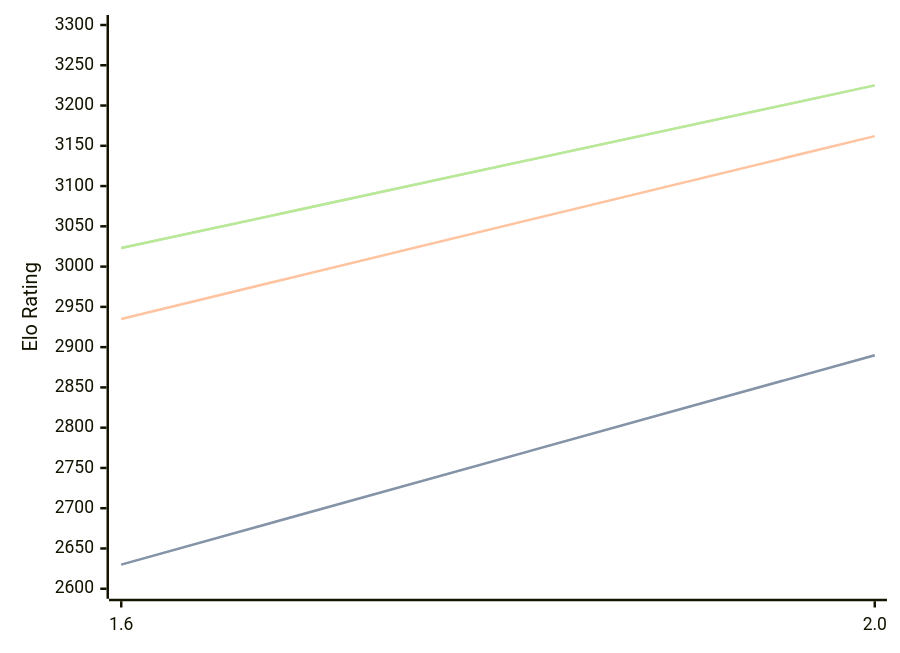
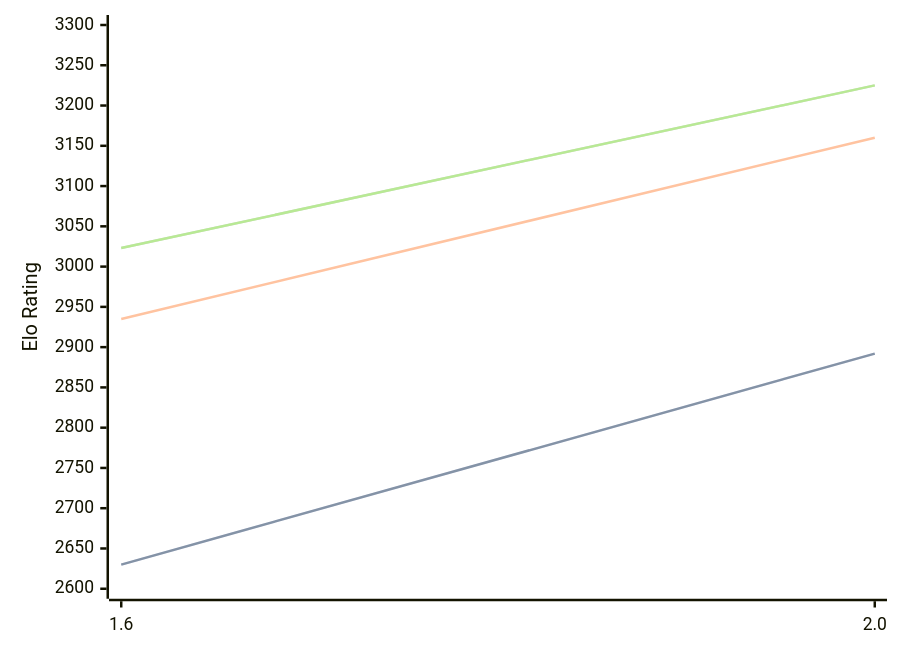
One commit to computer-chess-index/cci changed the diagram in engines/Onyx.md. Above: the diagram before and after it, drawn with Mermaid. The commit also changed other lines of this file, not shown here.

````diff
--- a/engines/Onyx.md
+++ b/engines/Onyx.md
@@ -32,11 +32,11 @@
 ```mermaid
 %%{init: {"theme":"base","themeVariables":{"seriesColors:['#a3a3a3','#222221','#faa371']}}}%%
 xychart-beta
   x-axis ["1.6", "2.0"]
   y-axis "Elo Rating" 2600 --> 3300
-  line "" [2630, 2890]
-  line "STC (8.0+0.08s)" [2630, 2890]
-  line "LTC (60.0+0.60s)" [2935, 3162]
+  line "" [2630, 2892]
+  line "STC (8.0+0.08s)" [2630, 2892]
+  line "LTC (60.0+0.60s)" [2935, 3160]
   line "" [3023, 3225]
   line "VLTC (2m24s+1.12s)" [3023, 3225]
 ```
````
